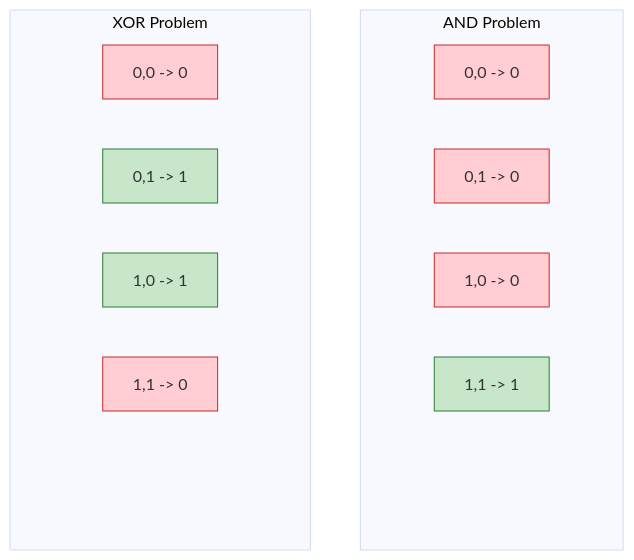
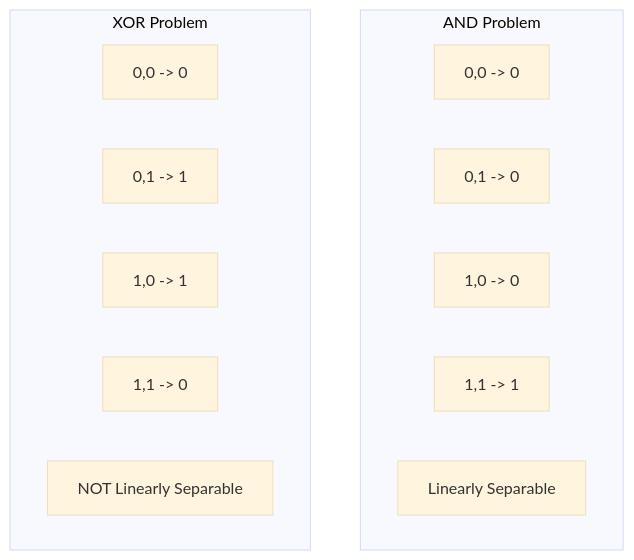
One commit to antonprafanto/dasarAI2026 changed the second of 8 diagrams in bab-08-neural-network.md. Above: the diagram before and after it, drawn with Mermaid (base theme). The commit also changed other lines of this file and 4 other files, not shown here.

Commit message:
Fix: Remove classDef styling and fix KNN diagram labels

````diff
--- a/bab-08-neural-network.md
+++ b/bab-08-neural-network.md
@@ -135,22 +135,18 @@
 ```mermaid
 graph TD
     subgraph AND_Gate [AND Problem]
         A1[0,0 -> 0]:::zero
         A2[0,1 -> 0]:::zero
         A3[1,0 -> 0]:::zero
         A4[1,1 -> 1]:::one
         Gap1[Linearly Separable]:::hidden
     end
 
     subgraph XOR_Gate [XOR Problem]
         X1[0,0 -> 0]:::zero
         X2[0,1 -> 1]:::one
         X3[1,0 -> 1]:::one
         X4[1,1 -> 0]:::zero
         Gap2[NOT Linearly Separable]:::hidden
     end
-
-    classDef zero fill:#ffcdd2,stroke:#c62828
-    classDef one fill:#c8e6c9,stroke:#2e7d32
-    classDef hidden opacity:0
 ```
````
